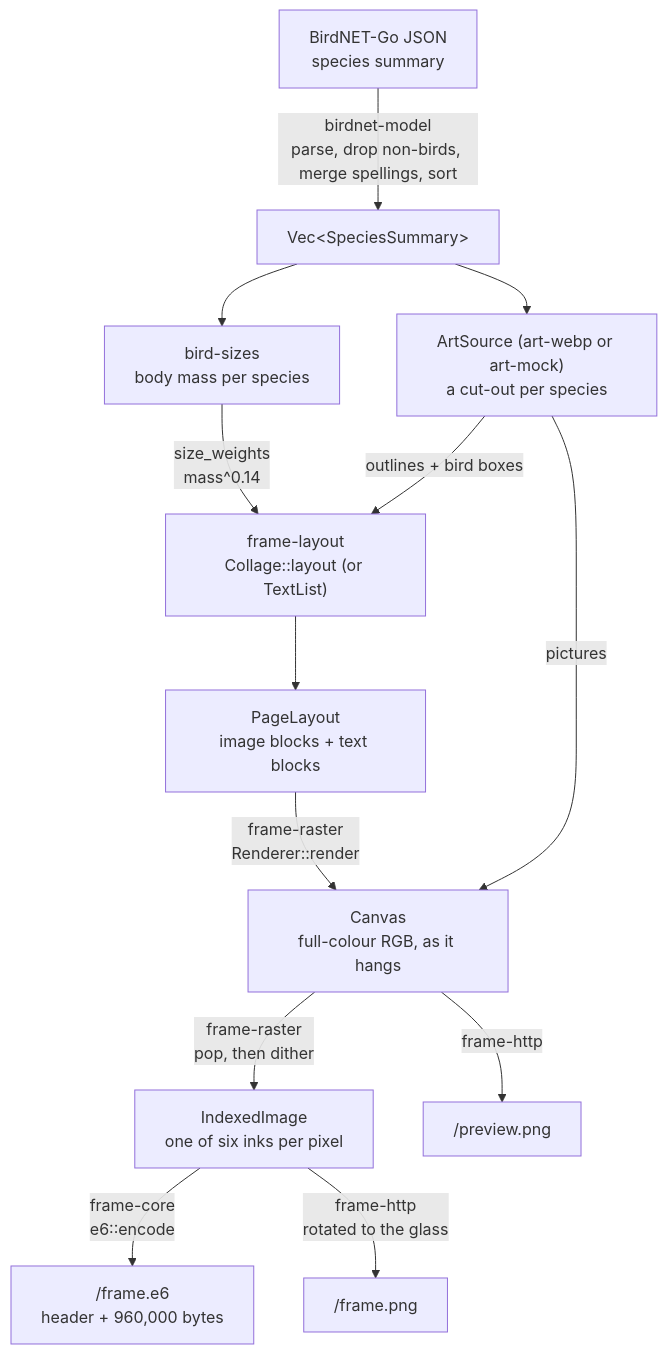
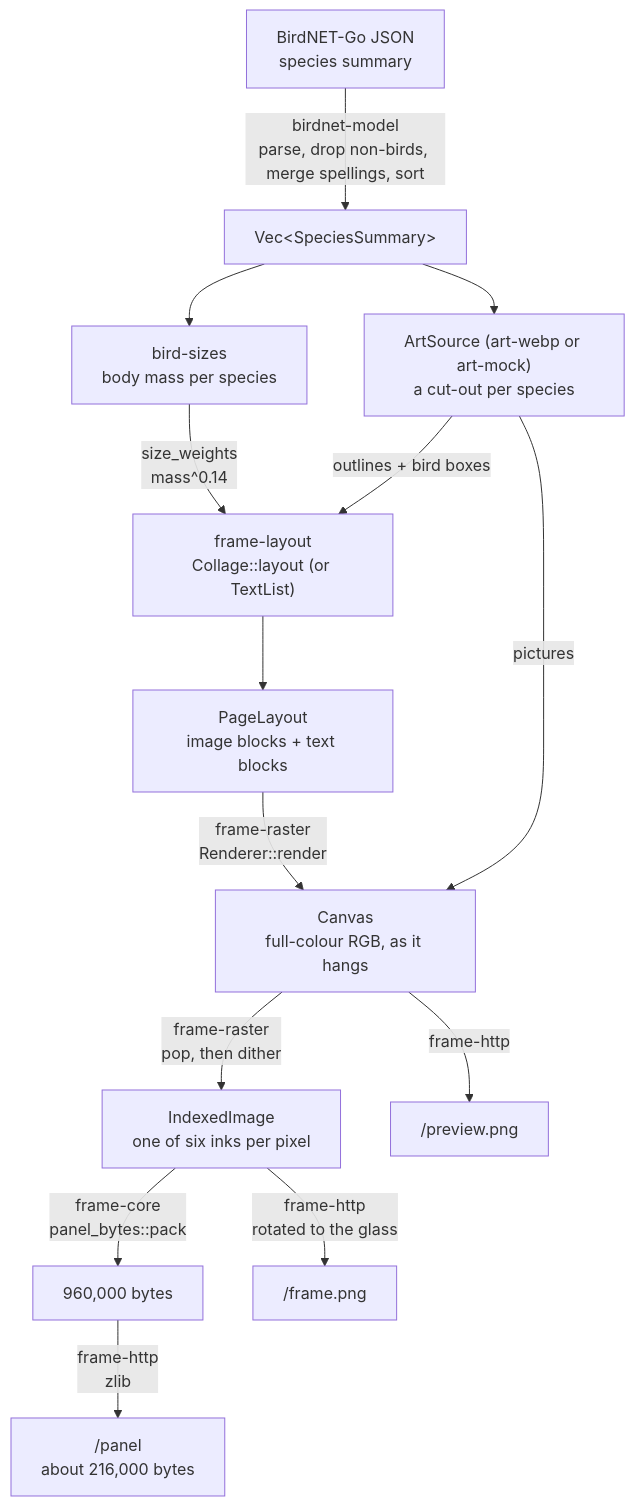
One commit to Filip-Pajalic/birdnet-go-frame changed the first of 4 diagrams in docs/explanation/image-pipeline.md. Above: the diagram before and after it, drawn with Mermaid. The commit also changed other lines of this file and 38 other files, not shown here.

First line of the commit message:
Serve the panel compressed at /panel instead of /frame.e6

````diff
--- a/docs/explanation/image-pipeline.md
+++ b/docs/explanation/image-pipeline.md
@@ -11,15 +11,16 @@
 ```mermaid
 flowchart TD
     json["BirdNET-Go JSON<br/>species summary"] -->|"birdnet-model<br/>parse, drop non-birds, merge spellings, sort"| species["Vec&lt;SpeciesSummary&gt;"]
     species --> sizes["bird-sizes<br/>body mass per species"]
     species --> art["ArtSource (art-webp or art-mock)<br/>a cut-out per species"]
     sizes -->|"size_weights<br/>mass^0.14"| collage
     art -->|"outlines + bird boxes"| collage
     collage["frame-layout<br/>Collage::layout (or TextList)"] --> layout["PageLayout<br/>image blocks + text blocks"]
     art -->|pictures| canvas
     layout -->|"frame-raster<br/>Renderer::render"| canvas["Canvas<br/>full-colour RGB, as it hangs"]
     canvas -->|"frame-raster<br/>pop, then dither"| page["IndexedImage<br/>one of six inks per pixel"]
-    page -->|"frame-core<br/>e6::encode"| e6["/frame.e6<br/>header + 960,000 bytes"]
+    page -->|"frame-core<br/>panel_bytes::pack"| bytes["960,000 bytes"]
+    bytes -->|"frame-http<br/>zlib"| panel["/panel<br/>about 216,000 bytes"]
     canvas -->|frame-http| preview["/preview.png"]
     page -->|"frame-http<br/>rotated to the glass"| framepng["/frame.png"]
 ```
````
